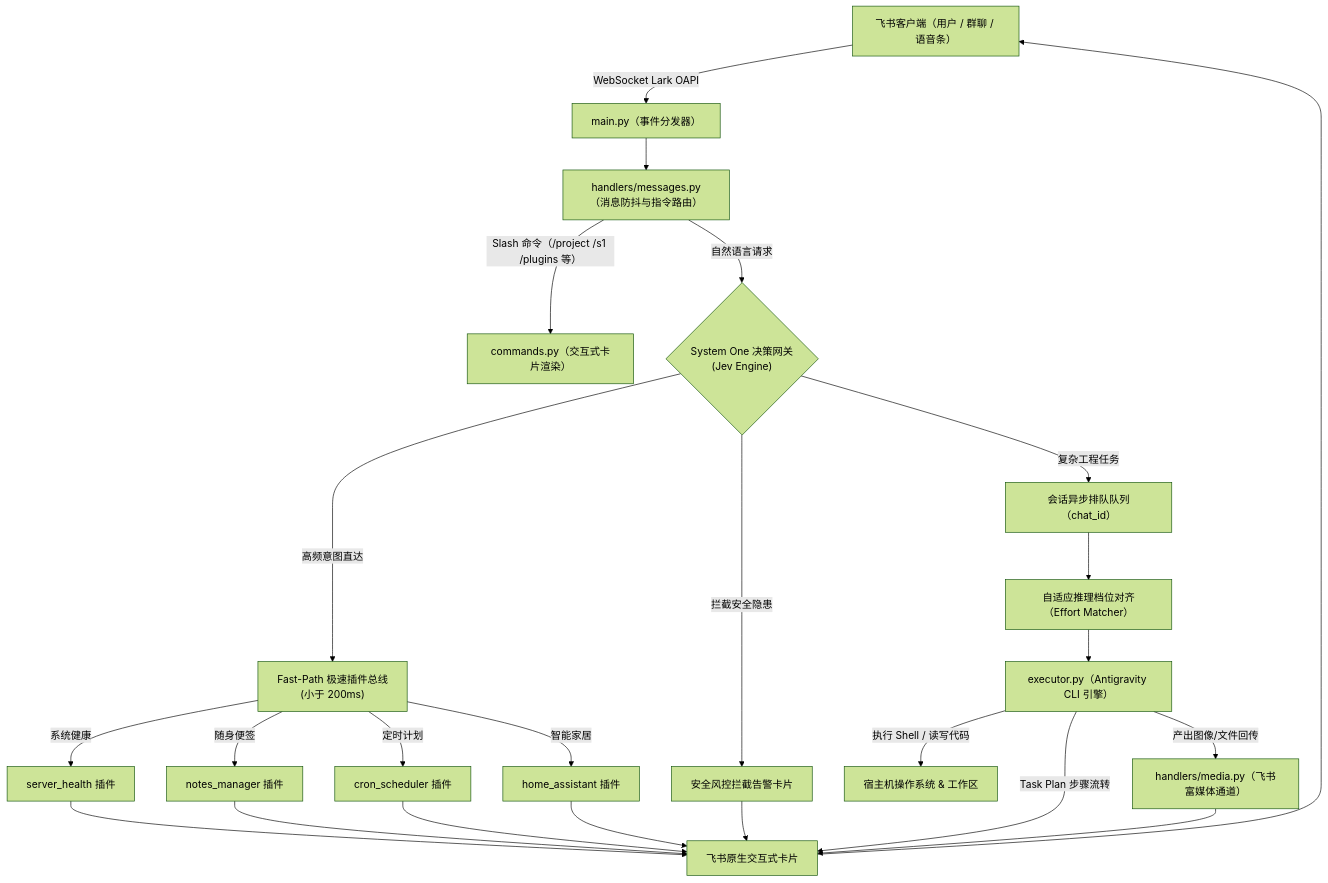
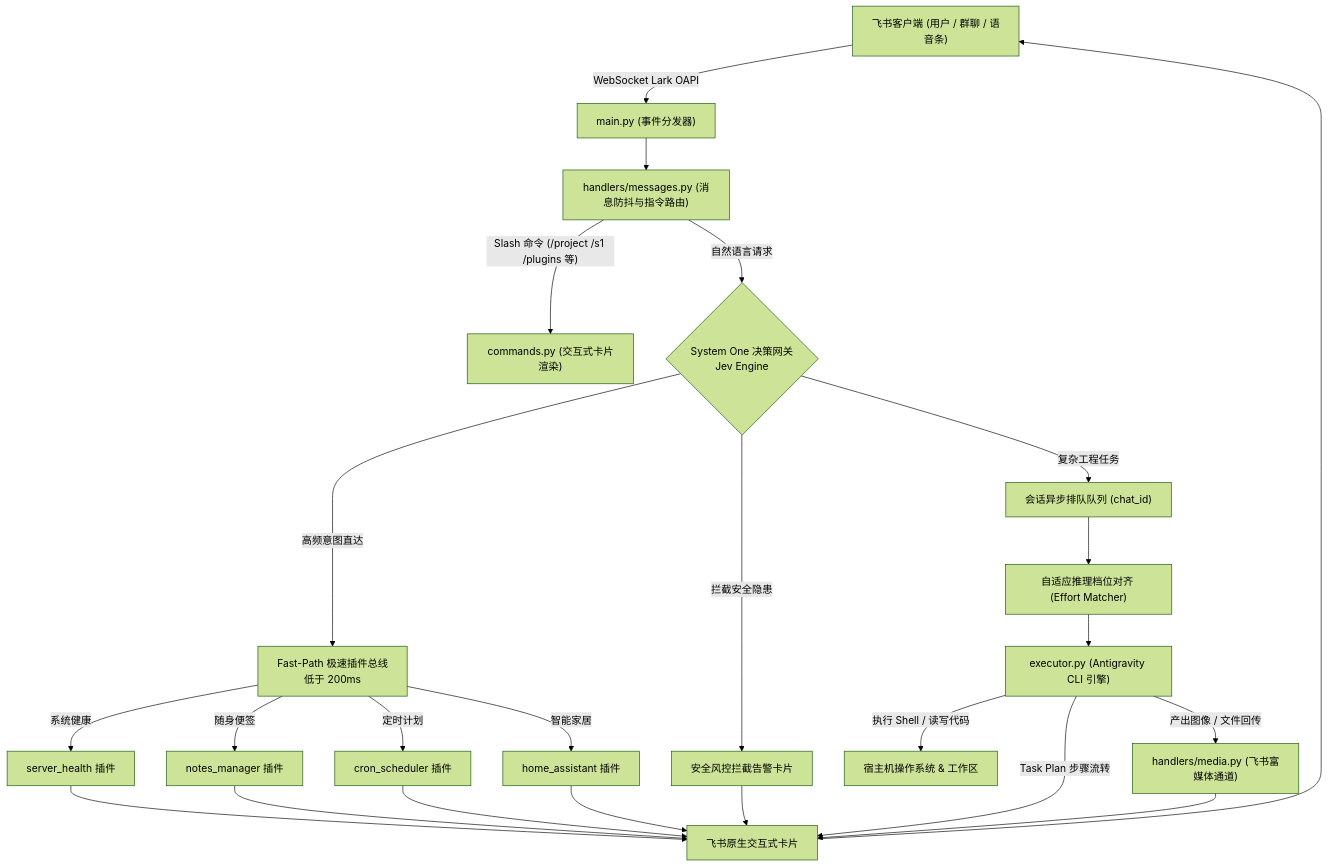
Before and after one commit to Codecaver/antigravity-feishu-bot: the diagram in README.md, drawn with Mermaid (forest theme).

Commit message:
fix(docs): fix Mermaid syntax error in architecture flowchart

````diff
--- a/README.md
+++ b/README.md
@@ -128,31 +128,31 @@
 ```mermaid
 flowchart TD
-    User["飞书客户端（用户 / 群聊 / 语音条）"] -->|WebSocket Lark OAPI| Main["main.py（事件分发器）"]
-    Main --> Pre["handlers/messages.py（消息防抖与指令路由）"]
+    User["飞书客户端 (用户 / 群聊 / 语音条)"] -->|"WebSocket Lark OAPI"| Main["main.py (事件分发器)"]
+    Main --> Pre["handlers/messages.py (消息防抖与指令路由)"]
     
-    Pre -->|Slash 命令（/project /s1 /plugins 等）| Cmd["commands.py（交互式卡片渲染）"]
+    Pre -->|"Slash 命令 (/project /s1 /plugins 等)"| Cmd["commands.py (交互式卡片渲染)"]
+    Pre -->|"自然语言请求"| Gate{"System One 决策网关<br/>Jev Engine"}
     
-    Pre -->|自然语言请求| Gate{"System One 决策网关<br/>(Jev Engine)"}
-    
-    Gate -->|高频意图直达| FastPath["Fast-Path 极速插件总线<br/>(小于 200ms)"]
-    FastPath -->|系统健康| HealthPlug["server_health 插件"]
-    FastPath -->|随身便签| NotePlug["notes_manager 插件"]
-    FastPath -->|定时计划| CronPlug["cron_scheduler 插件"]
-    FastPath -->|智能家居| HAPlug["home_assistant 插件"]
+    Gate -->|"高频意图直达"| FastPath["Fast-Path 极速插件总线<br/>低于 200ms"]
+    FastPath -->|"系统健康"| HealthPlug["server_health 插件"]
+    FastPath -->|"随身便签"| NotePlug["notes_manager 插件"]
+    FastPath -->|"定时计划"| CronPlug["cron_scheduler 插件"]
+    FastPath -->|"智能家居"| HAPlug["home_assistant 插件"]
     HealthPlug --> CardUI["飞书原生交互式卡片"]
     NotePlug --> CardUI
     CronPlug --> CardUI
     HAPlug --> CardUI
 
-    Gate -->|拦截安全隐患| RejectCard["安全风控拦截告警卡片"] --> CardUI
+    Gate -->|"拦截安全隐患"| RejectCard["安全风控拦截告警卡片"]
+    RejectCard --> CardUI
     
-    Gate -->|复杂工程任务| AgentQueue["会话异步排队队列（chat_id）"]
-    AgentQueue --> Adapter["自适应推理档位对齐（Effort Matcher）"]
-    Adapter --> Executor["executor.py（Antigravity CLI 引擎）"]
+    Gate -->|"复杂工程任务"| AgentQueue["会话异步排队队列 (chat_id)"]
+    AgentQueue --> Adapter["自适应推理档位对齐 (Effort Matcher)"]
+    Adapter --> Executor["executor.py (Antigravity CLI 引擎)"]
     
-    Executor -->|Task Plan 步骤流转| CardUI
-    Executor -->|执行 Shell / 读写代码| HostFS["宿主机操作系统 & 工作区"]
-    Executor -->|产出图像/文件回传| MultiModal["handlers/media.py（飞书富媒体通道）"]
+    Executor -->|"Task Plan 步骤流转"| CardUI
+    Executor -->|"执行 Shell / 读写代码"| HostFS["宿主机操作系统 & 工作区"]
+    Executor -->|"产出图像 / 文件回传"| MultiModal["handlers/media.py (飞书富媒体通道)"]
     MultiModal --> CardUI
     CardUI --> User
 ```
````
